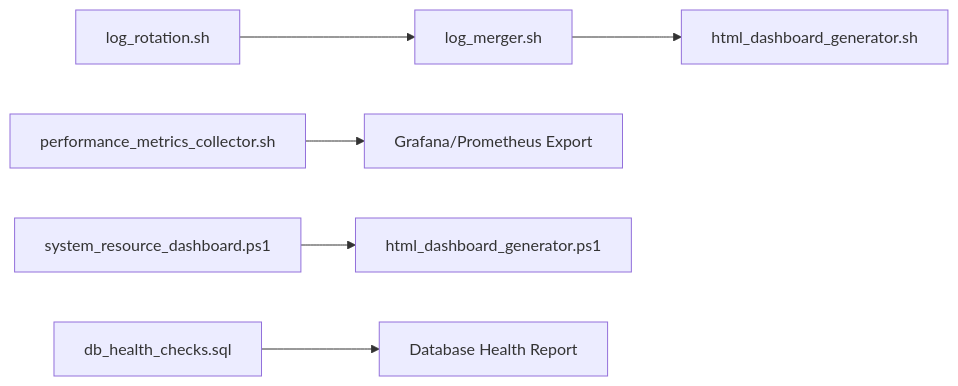
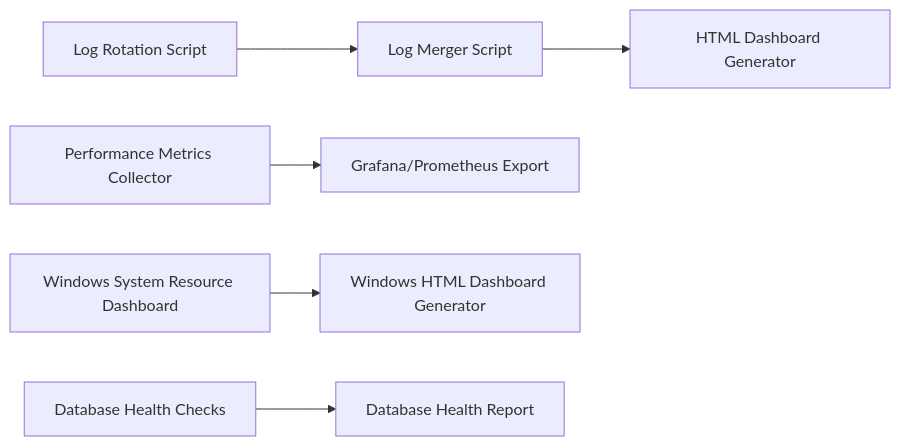
One commit to mdolawale1-cmyk/Log-Rotation-Bash- changed the second of 2 diagrams in README.md. Above: the diagram before and after it, drawn with Mermaid.

````diff
--- a/README.md
+++ b/README.md
@@ -157,7 +157,7 @@
 ```mermaid
 flowchart LR
-    L1[log_rotation.sh] --> L2[log_merger.sh] --> L3[html_dashboard_generator.sh]
-    M1[performance_metrics_collector.sh] --> G[Grafana/Prometheus Export]
-    W1[system_resource_dashboard.ps1] --> W2[html_dashboard_generator.ps1]
-    DB[db_health_checks.sql] --> R[Database Health Report]
+    L1[Log Rotation Script] --> L2[Log Merger Script] --> L3[HTML Dashboard Generator]
+    M1[Performance Metrics Collector] --> G[Grafana/Prometheus Export]
+    W1[Windows System Resource Dashboard] --> W2[Windows HTML Dashboard Generator]
+    DB[Database Health Checks] --> R[Database Health Report]
 ```
````
